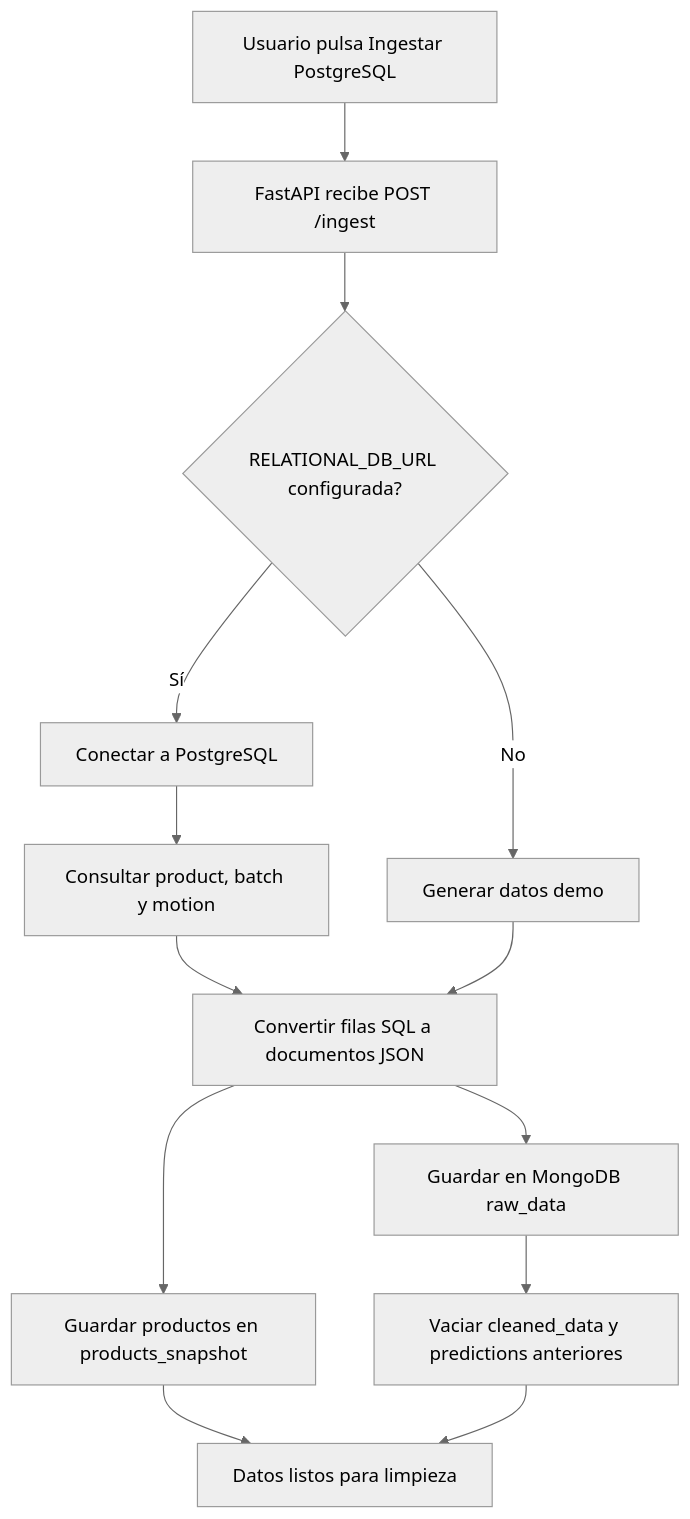
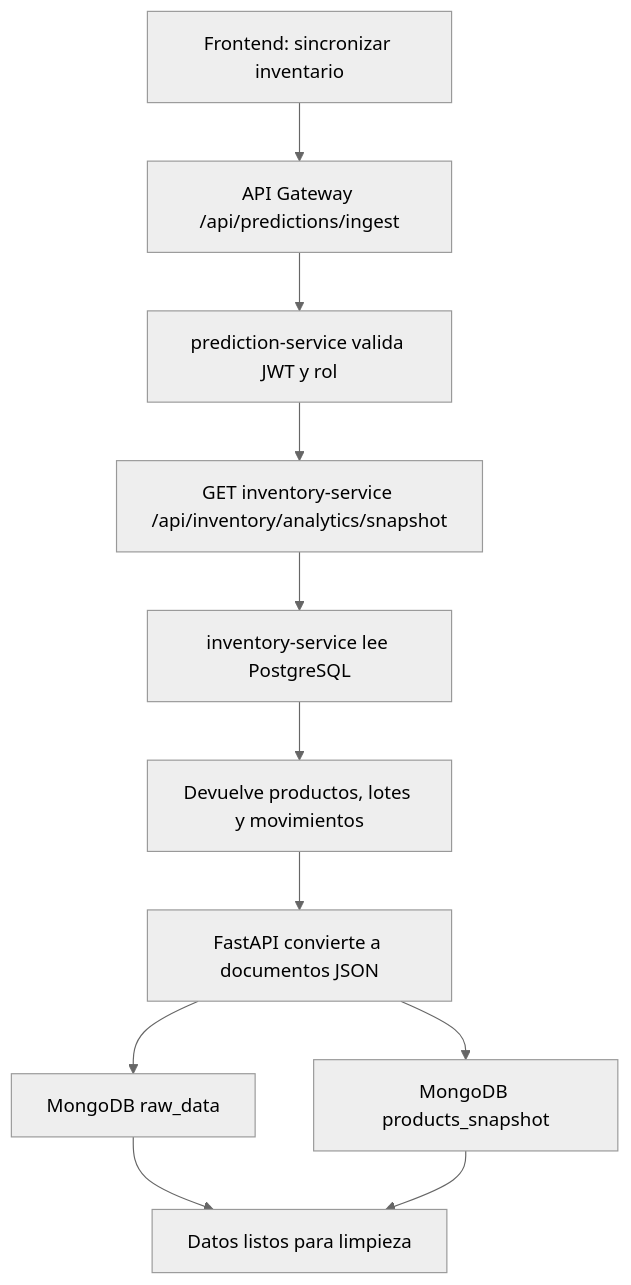
Before and after one commit to Marlon271/FarmaExpres-Micro-NoSQL: the first of 4 diagrams in docs/LIBRO_BASE_NOSQL.md, drawn with Mermaid (neutral theme). The commit also changed other lines of this file and 14 other files, not shown here.

Commit message:
docs(predictions): document integrated NoSQL workflow

````diff
--- a/docs/LIBRO_BASE_NOSQL.md
+++ b/docs/LIBRO_BASE_NOSQL.md
@@ -45,15 +53,13 @@
 ```mermaid
 flowchart TD
-    A["Usuario pulsa Ingestar PostgreSQL"] --> B["FastAPI recibe POST /ingest"]
-    B --> C{"RELATIONAL_DB_URL configurada?"}
-    C -- "Sí" --> D["Conectar a PostgreSQL"]
-    C -- "No" --> E["Generar datos demo"]
-    D --> F["Consultar product, batch y motion"]
-    F --> G["Convertir filas SQL a documentos JSON"]
-    E --> G
-    G --> H["Guardar en MongoDB raw_data"]
-    G --> I["Guardar productos en products_snapshot"]
-    H --> J["Vaciar cleaned_data y predictions anteriores"]
-    I --> K["Datos listos para limpieza"]
-    J --> K
+    A["Frontend: sincronizar inventario"] --> B["API Gateway /api/predictions/ingest"]
+    B --> C["prediction-service valida JWT y rol"]
+    C --> D["GET inventory-service /api/inventory/analytics/snapshot"]
+    D --> E["inventory-service lee PostgreSQL"]
+    E --> F["Devuelve productos, lotes y movimientos"]
+    F --> G["FastAPI convierte a documentos JSON"]
+    G --> H["MongoDB raw_data"]
+    G --> I["MongoDB products_snapshot"]
+    H --> J["Datos listos para limpieza"]
+    I --> J
 ```
````
